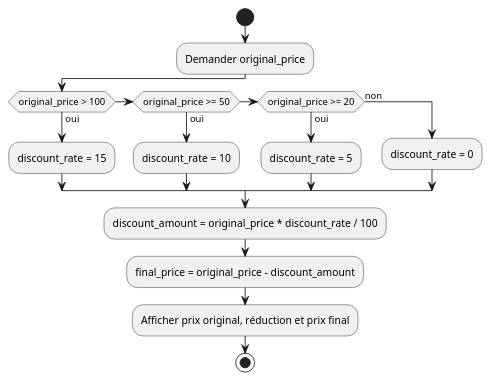
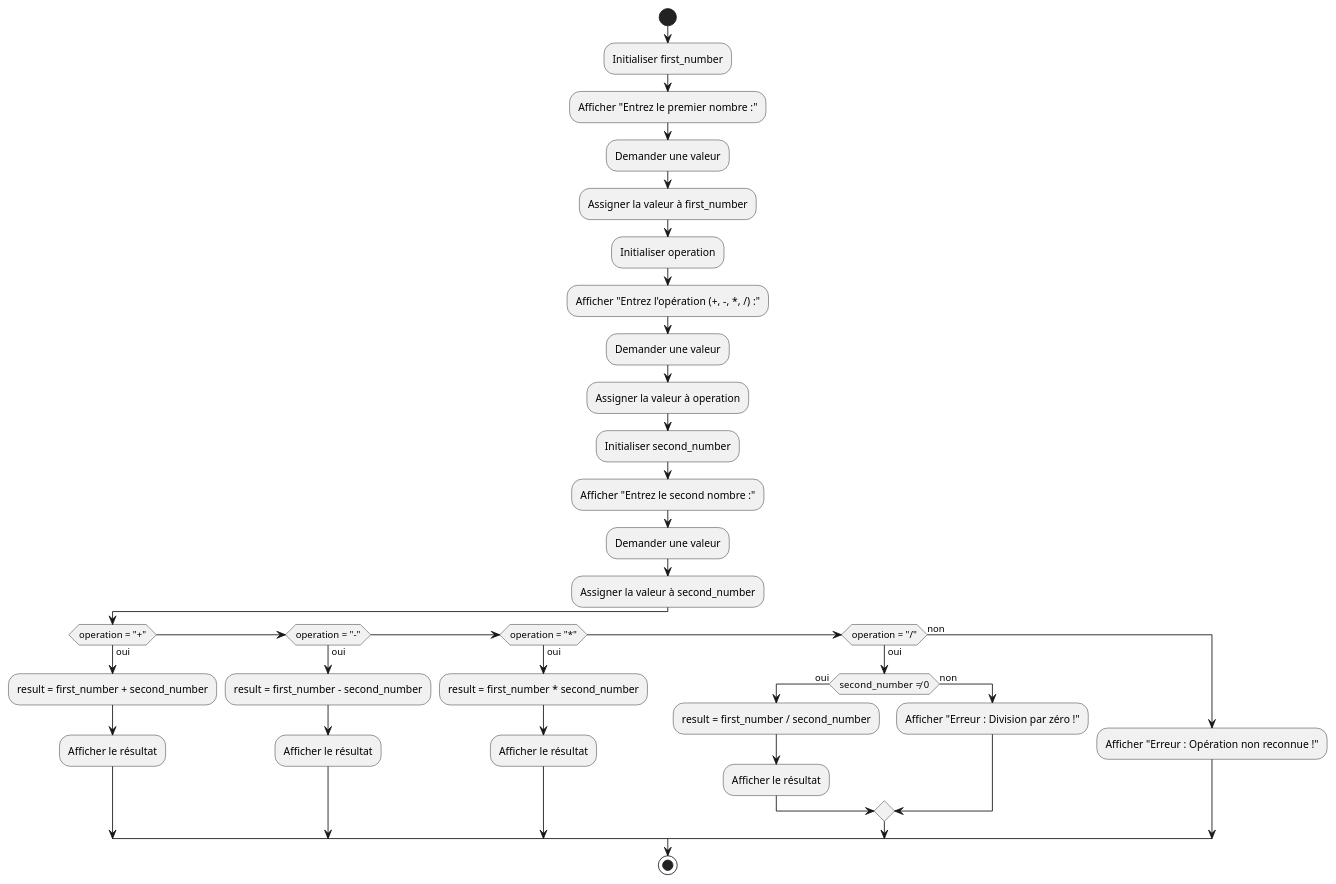
The tenth of 10 diagrams in 02.01-sequence-selection-iteration/02-exercices/README.md (HEIG-VD-Prog-Course/HEIG-VD-ProgIM-Course), drawn with PlantUML before and after one commit. The commit also changed other lines of this file, not shown here.

````diff
--- a/02.01-sequence-selection-iteration/02-exercices/README.md
+++ b/02.01-sequence-selection-iteration/02-exercices/README.md
@@ -1070,19 +1145,37 @@
 ```plantuml
 @startuml
 start
-:Demander original_price;
-if (original_price > 100) then (oui)
-    :discount_rate = 15;
-elseif (original_price >= 50) then (oui)
-    :discount_rate = 10;
-elseif (original_price >= 20) then (oui)
-    :discount_rate = 5;
+:Initialiser first_number;
+:Afficher "Entrez le premier nombre :";
+:Demander une valeur;
+:Assigner la valeur à first_number;
+:Initialiser operation;
+:Afficher "Entrez l'opération (+, -, *, /) :";
+:Demander une valeur;
+:Assigner la valeur à operation;
+:Initialiser second_number;
+:Afficher "Entrez le second nombre :";
+:Demander une valeur;
+:Assigner la valeur à second_number;
+if (operation = "+") then (oui)
+    :result = first_number + second_number;
+    :Afficher le résultat;
+elseif (operation = "-") then (oui)
+    :result = first_number - second_number;
+    :Afficher le résultat;
+elseif (operation = "*") then (oui)
+    :result = first_number * second_number;
+    :Afficher le résultat;
+elseif (operation = "/") then (oui)
+    if (second_number ≠ 0) then (oui)
+        :result = first_number / second_number;
+        :Afficher le résultat;
+    else (non)
+        :Afficher "Erreur : Division par zéro !";
+    endif
 else (non)
-    :discount_rate = 0;
+    :Afficher "Erreur : Opération non reconnue !";
 endif
-:discount_amount = original_price * discount_rate / 100;
-:final_price = original_price - discount_amount;
-:Afficher prix original, réduction et prix final;
 stop
 @enduml
 ```
````
